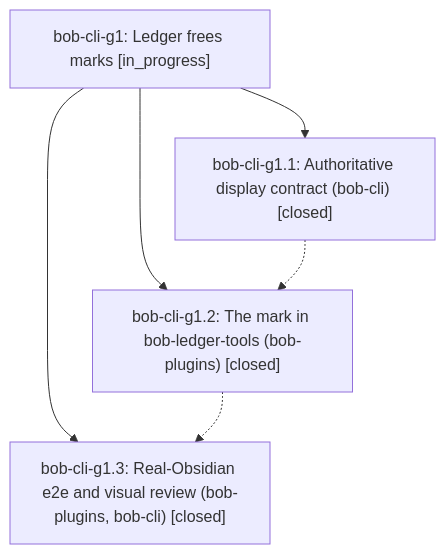
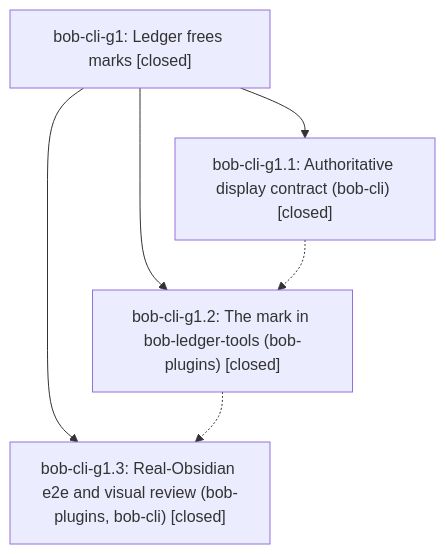
Before and after one commit to bobs-org/bob-cli--beads: the diagram in pages/bob-cli-g1/README.md, drawn with Mermaid. The commit also changed other lines of this file and 1 other file, not shown here.

First line of the commit message:
chore(beads): sync bead state and pages for bob-cli-g1

````diff
--- a/pages/bob-cli-g1/README.md
+++ b/pages/bob-cli-g1/README.md
@@ -38,12 +84,12 @@
 ```mermaid
 flowchart TD
-    n0["bob-cli-g1: Ledger frees marks [in_progress]"]
+    n0["bob-cli-g1: Ledger frees marks [closed]"]
     n1["bob-cli-g1.1: Authoritative display contract (bob-cli) [closed]"]
     n2["bob-cli-g1.2: The mark in bob-ledger-tools (bob-plugins) [closed]"]
     n3["bob-cli-g1.3: Real-Obsidian e2e and visual review (bob-plugins, bob-cli) [closed]"]
     n0 --> n1
     n0 --> n2
     n0 --> n3
     n1 -.-> n2
     n2 -.-> n3
 ```
````
